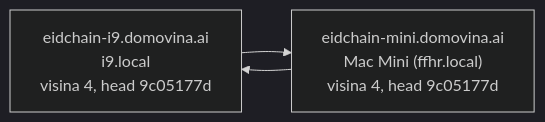
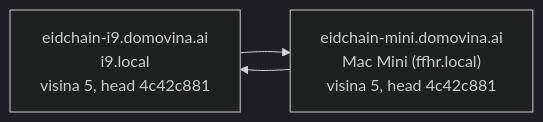
One commit to stepanic/eidchain changed the first of 2 diagrams in docs/chain-map.md. Above: the diagram before and after it, drawn with Mermaid (dark theme). The commit also changed other lines of this file, not shown here.

Commit message:
docs: chain map at height 5

````diff
--- a/docs/chain-map.md
+++ b/docs/chain-map.md
@@ -15,7 +15,7 @@
 ```mermaid
 flowchart LR
-  https___eidchain_i9_domovina_ai_chain["eidchain-i9.domovina.ai<br/>i9.local<br/>visina 4, head 9c05177d"]
-  https___eidchain_mini_domovina_ai_chain["eidchain-mini.domovina.ai<br/>Mac Mini (ffhr.local)<br/>visina 4, head 9c05177d"]
+  https___eidchain_i9_domovina_ai_chain["eidchain-i9.domovina.ai<br/>i9.local<br/>visina 5, head 4c42c881"]
+  https___eidchain_mini_domovina_ai_chain["eidchain-mini.domovina.ai<br/>Mac Mini (ffhr.local)<br/>visina 5, head 4c42c881"]
   https___eidchain_i9_domovina_ai_chain --> https___eidchain_mini_domovina_ai_chain
   https___eidchain_mini_domovina_ai_chain --> https___eidchain_i9_domovina_ai_chain
 ```
````
